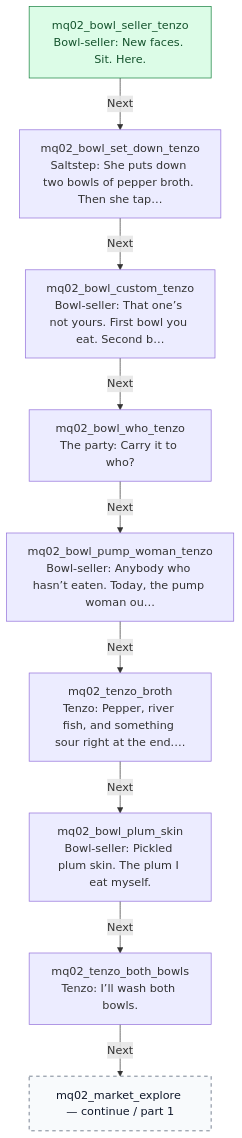
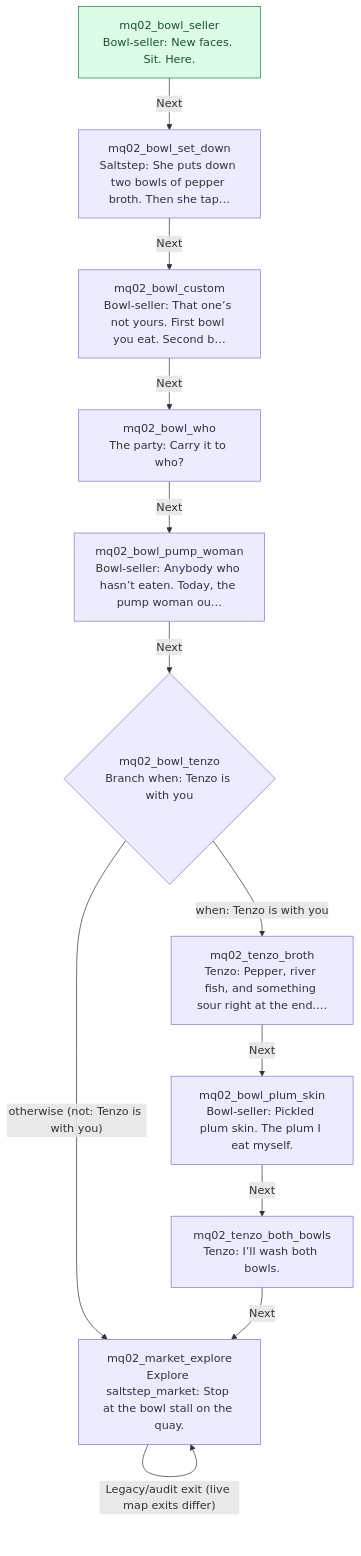
The first of 12 diagrams in docs/story/mq02-paper-and-stone.md (jaredbahr/Avatarrpg), drawn with Mermaid before and after one commit. The commit also changed other lines of this file and 20 other files, not shown here.

````diff
--- a/docs/story/mq02-paper-and-stone.md
+++ b/docs/story/mq02-paper-and-stone.md
@@ -46,23 +21,27 @@
 ```mermaid
 flowchart TD
-  n121["mq02_bowl_seller_tenzo<br/>Bowl-seller: New faces. Sit. Here."]:::entry
-  n123["mq02_bowl_set_down_tenzo<br/>Saltstep: She puts down two bowls of pepper broth. Then she tap…"]
-  n116["mq02_bowl_custom_tenzo<br/>Bowl-seller: That one’s not yours. First bowl you eat. Second b…"]
-  n125["mq02_bowl_who_tenzo<br/>The party: Carry it to who?"]
-  n119["mq02_bowl_pump_woman_tenzo<br/>Bowl-seller: Anybody who hasn’t eaten. Today, the pump woman ou…"]
-  n222["mq02_tenzo_broth<br/>Tenzo: Pepper, river fish, and something sour right at the end.…"]
-  n117["mq02_bowl_plum_skin<br/>Bowl-seller: Pickled plum skin. The plum I eat myself."]
-  n221["mq02_tenzo_both_bowls<br/>Tenzo: I’ll wash both bowls."]
-  n177["mq02_market_explore — continue / part 1"]:::continuation
-  n116 -->|"Next"| n125
-  n117 -->|"Next"| n221
-  n119 -->|"Next"| n222
-  n121 -->|"Next"| n123
-  n123 -->|"Next"| n116
-  n125 -->|"Next"| n119
-  n221 -->|"Next"| n177
-  n222 -->|"Next"| n117
+  n118["mq02_bowl_seller<br/>Bowl-seller: New faces. Sit. Here."]:::entry
+  n119["mq02_bowl_set_down<br/>Saltstep: She puts down two bowls of pepper broth. Then she tap…"]
+  n115["mq02_bowl_custom<br/>Bowl-seller: That one’s not yours. First bowl you eat. Second b…"]
+  n121["mq02_bowl_who<br/>The party: Carry it to who?"]
+  n117["mq02_bowl_pump_woman<br/>Bowl-seller: Anybody who hasn’t eaten. Today, the pump woman ou…"]
+  n120{"mq02_bowl_tenzo<br/>Branch when: Tenzo is with you"}
+  n215["mq02_tenzo_broth<br/>Tenzo: Pepper, river fish, and something sour right at the end.…"]
+  n171["mq02_market_explore<br/>Explore saltstep_market: Stop at the bowl stall on the quay."]
+  n116["mq02_bowl_plum_skin<br/>Bowl-seller: Pickled plum skin. The plum I eat myself."]
+  n214["mq02_tenzo_both_bowls<br/>Tenzo: I’ll wash both bowls."]
+  n115 -->|"Next"| n121
+  n116 -->|"Next"| n214
+  n117 -->|"Next"| n120
+  n118 -->|"Next"| n119
+  n119 -->|"Next"| n115
+  n120 -->|"when: Tenzo is with you"| n215
+  n120 -->|"otherwise (not: Tenzo is with you)"| n171
+  n121 -->|"Next"| n117
+  n171 -->|"Legacy/audit exit (live map exits differ)"| n171
+  n214 -->|"Next"| n171
+  n215 -->|"Next"| n116
   classDef entry fill:#dcfce7,stroke:#15803d,color:#14532d
   classDef external fill:#f3e8ff,stroke:#7e22ce,color:#581c87
   classDef continuation fill:#f8fafc,stroke:#475569,color:#0f172a,stroke-dasharray:5 5
 ```
````
